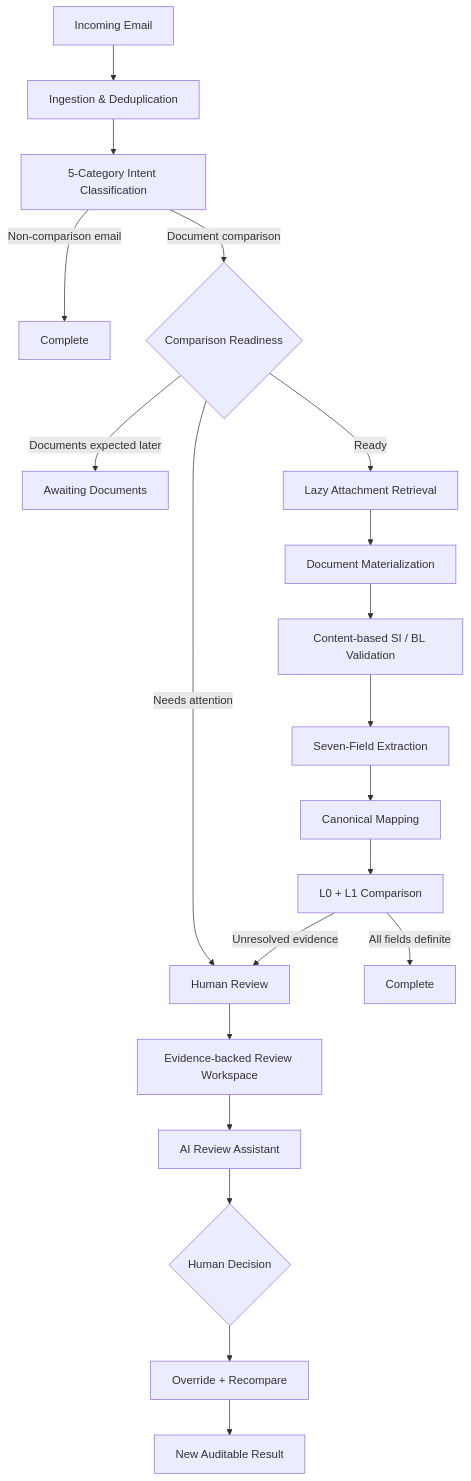
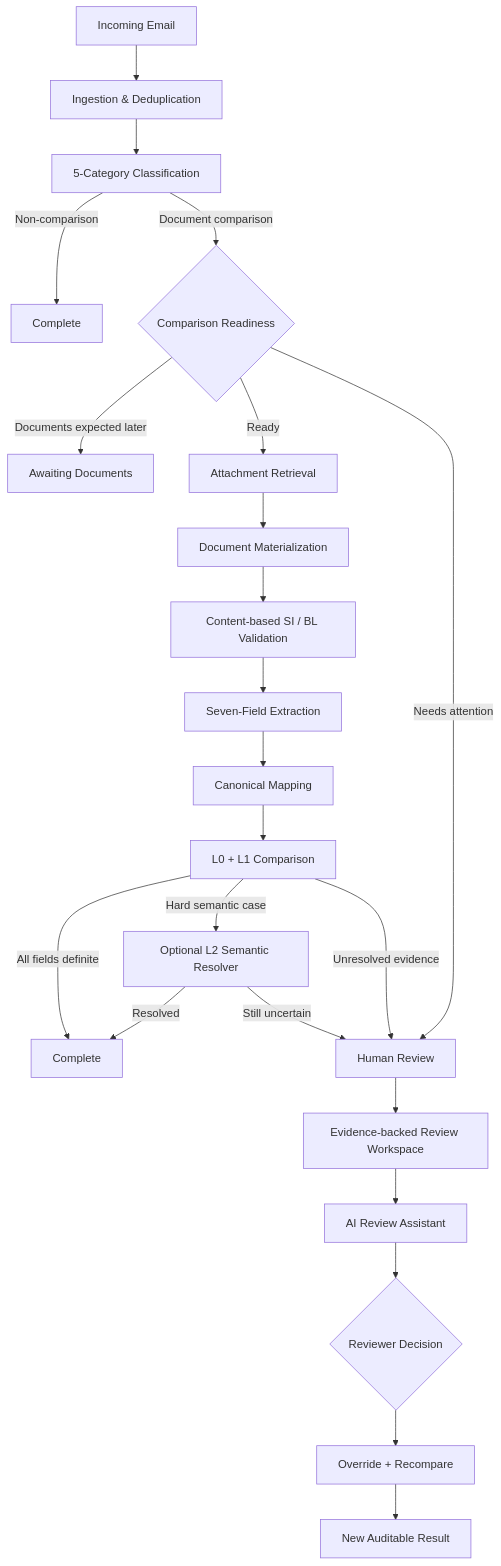
Before and after one commit to mavisbong41/HolyShip: the first of 3 diagrams in README.md, drawn with Mermaid. The commit also changed other lines of this file, not shown here.

````diff
--- a/README.md
+++ b/README.md
@@ -123,27 +196,30 @@
 ```mermaid
 flowchart TD
     A[Incoming Email] --> B[Ingestion & Deduplication]
-    B --> C[5-Category Intent Classification]
+    B --> C[5-Category Classification]
 
-    C -->|Non-comparison email| D[Complete]
+    C -->|Non-comparison| D[Complete]
     C -->|Document comparison| E{Comparison Readiness}
 
     E -->|Documents expected later| F[Awaiting Documents]
-    E -->|Ready| G[Lazy Attachment Retrieval]
+    E -->|Ready| G[Attachment Retrieval]
     E -->|Needs attention| H[Human Review]
 
     G --> I[Document Materialization]
     I --> J[Content-based SI / BL Validation]
     J --> K[Seven-Field Extraction]
     K --> L[Canonical Mapping]
     L --> M[L0 + L1 Comparison]
 
     M -->|All fields definite| N[Complete]
+    M -->|Hard semantic case| O[Optional L2 Semantic Resolver]
+    O -->|Resolved| N
+    O -->|Still uncertain| H
     M -->|Unresolved evidence| H
 
-    H --> O[Evidence-backed Review Workspace]
-    O --> P[AI Review Assistant]
-    P --> Q{Human Decision}
-    Q --> R[Override + Recompare]
-    R --> S[New Auditable Result]
+    H --> P[Evidence-backed Review Workspace]
+    P --> Q[AI Review Assistant]
+    Q --> R{Reviewer Decision}
+    R --> S[Override + Recompare]
+    S --> T[New Auditable Result]
 ```
````
